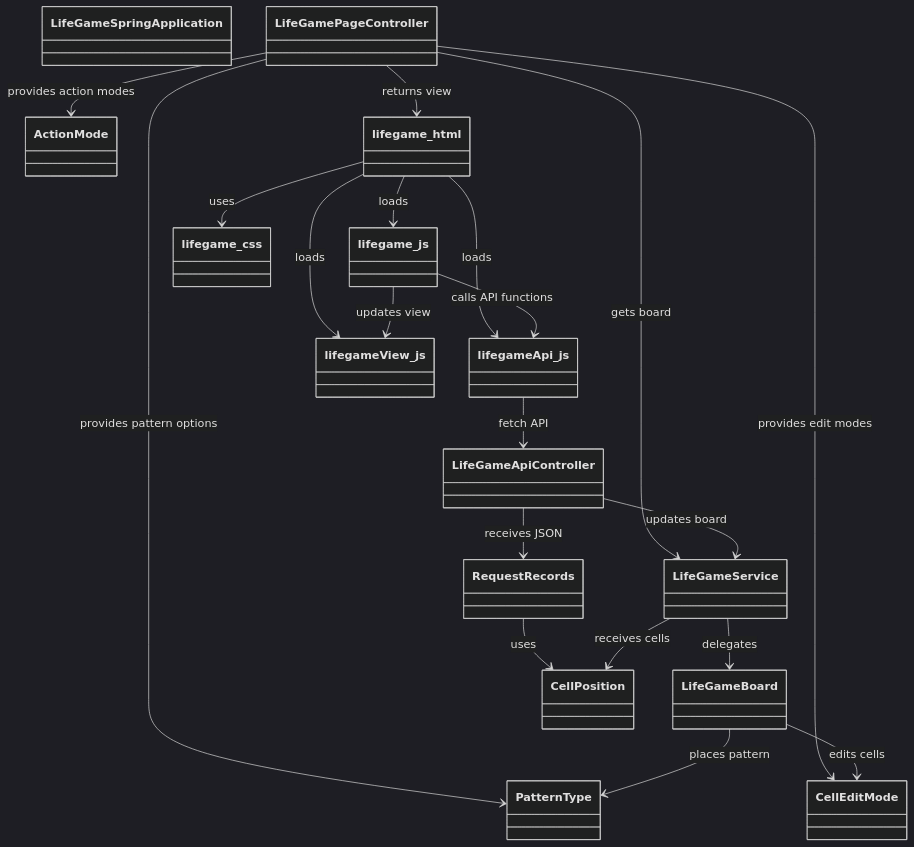
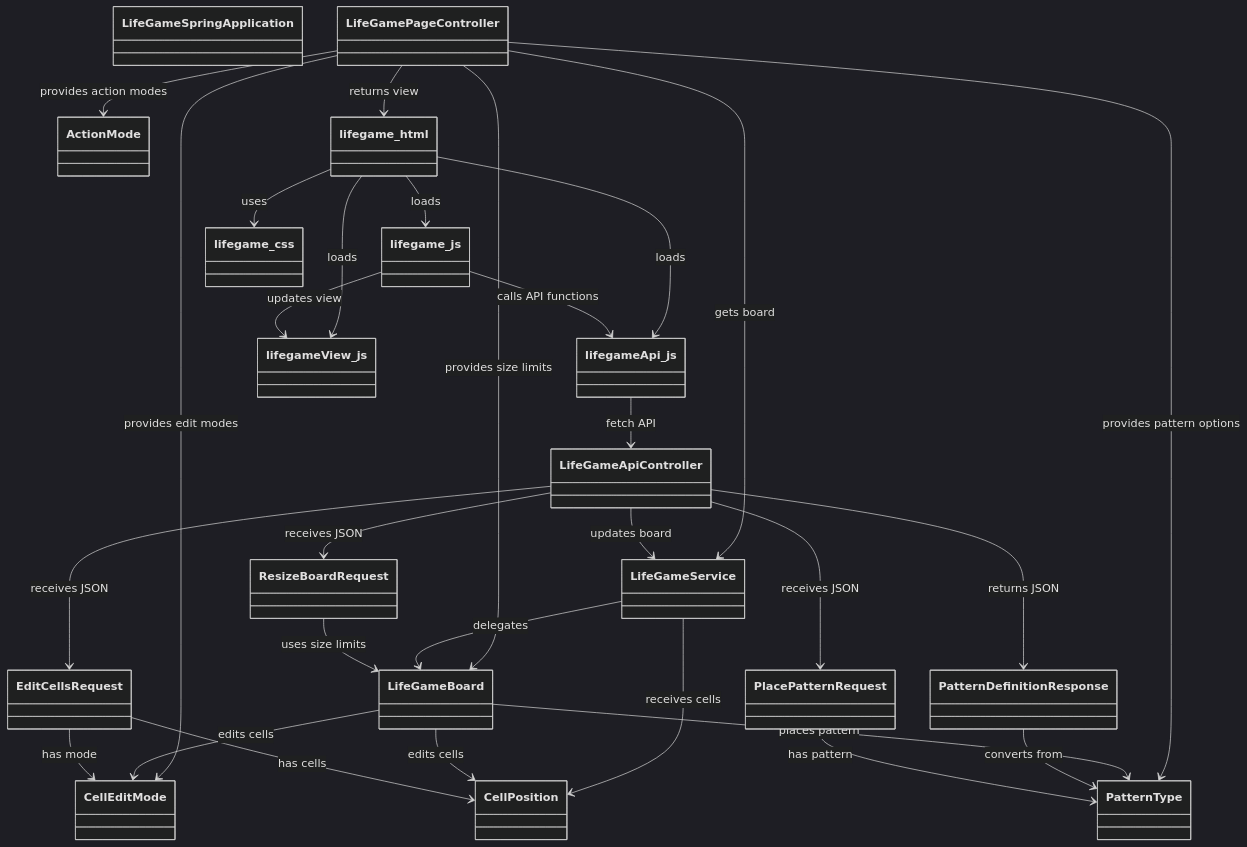
One commit to mkunori/LifeGame changed the second of 9 diagrams in README.md. Above: the diagram before and after it, drawn with Mermaid (dark theme). The commit also changed other lines of this file and 3 other files, not shown here.

````diff
--- a/README.md
+++ b/README.md
@@ -237,44 +250,57 @@
 ```mermaid
 classDiagram
     class LifeGameSpringApplication
     class LifeGamePageController
     class LifeGameApiController
     class LifeGameService
     class LifeGameBoard
     class PatternType
     class CellEditMode
+    class ActionMode
     class CellPosition
-    class ActionMode
-    class RequestRecords
+    class EditCellsRequest
+    class PlacePatternRequest
+    class ResizeBoardRequest
+    class PatternDefinitionResponse
     class lifegame_html
     class lifegameApi_js
     class lifegameView_js
     class lifegame_js
     class lifegame_css
 
     LifeGamePageController --> LifeGameService : gets board
     LifeGamePageController --> PatternType : provides pattern options
     LifeGamePageController --> CellEditMode : provides edit modes
     LifeGamePageController --> ActionMode : provides action modes
+    LifeGamePageController --> LifeGameBoard : provides size limits
     LifeGamePageController --> lifegame_html : returns view
 
     LifeGameApiController --> LifeGameService : updates board
-    LifeGameApiController --> RequestRecords : receives JSON
+    LifeGameApiController --> EditCellsRequest : receives JSON
+    LifeGameApiController --> PlacePatternRequest : receives JSON
+    LifeGameApiController --> ResizeBoardRequest : receives JSON
+    LifeGameApiController --> PatternDefinitionResponse : returns JSON
+
     LifeGameService --> LifeGameBoard : delegates
+    LifeGameService --> CellPosition : receives cells
 
     LifeGameBoard --> PatternType : places pattern
     LifeGameBoard --> CellEditMode : edits cells
+    LifeGameBoard --> CellPosition : edits cells
 
-    RequestRecords --> CellPosition : uses
+    PatternDefinitionResponse --> PatternType : converts from
 
-    LifeGameService --> CellPosition : receives cells
+    EditCellsRequest --> CellEditMode : has mode
+    EditCellsRequest --> CellPosition : has cells
+    PlacePatternRequest --> PatternType : has pattern
+    ResizeBoardRequest --> LifeGameBoard : uses size limits
 
     lifegame_html --> lifegame_css : uses
     lifegame_html --> lifegameApi_js : loads
     lifegame_html --> lifegameView_js : loads
     lifegame_html --> lifegame_js : loads
 
     lifegame_js --> lifegameApi_js : calls API functions
     lifegame_js --> lifegameView_js : updates view
     lifegameApi_js --> LifeGameApiController : fetch API
 ```
````
